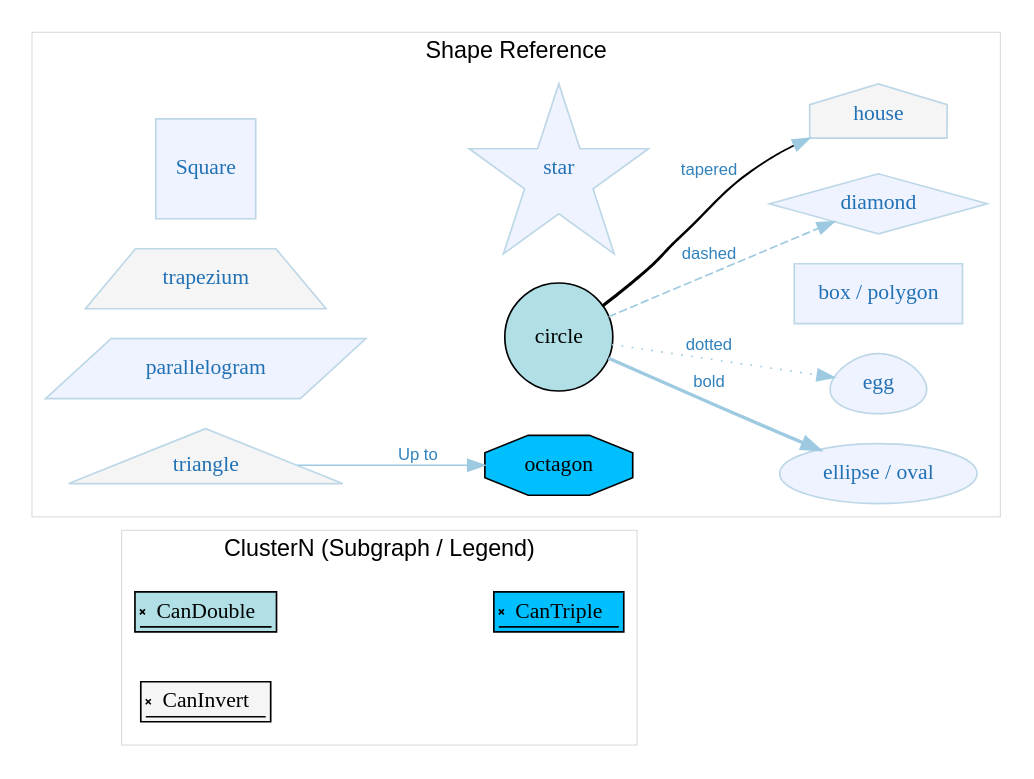
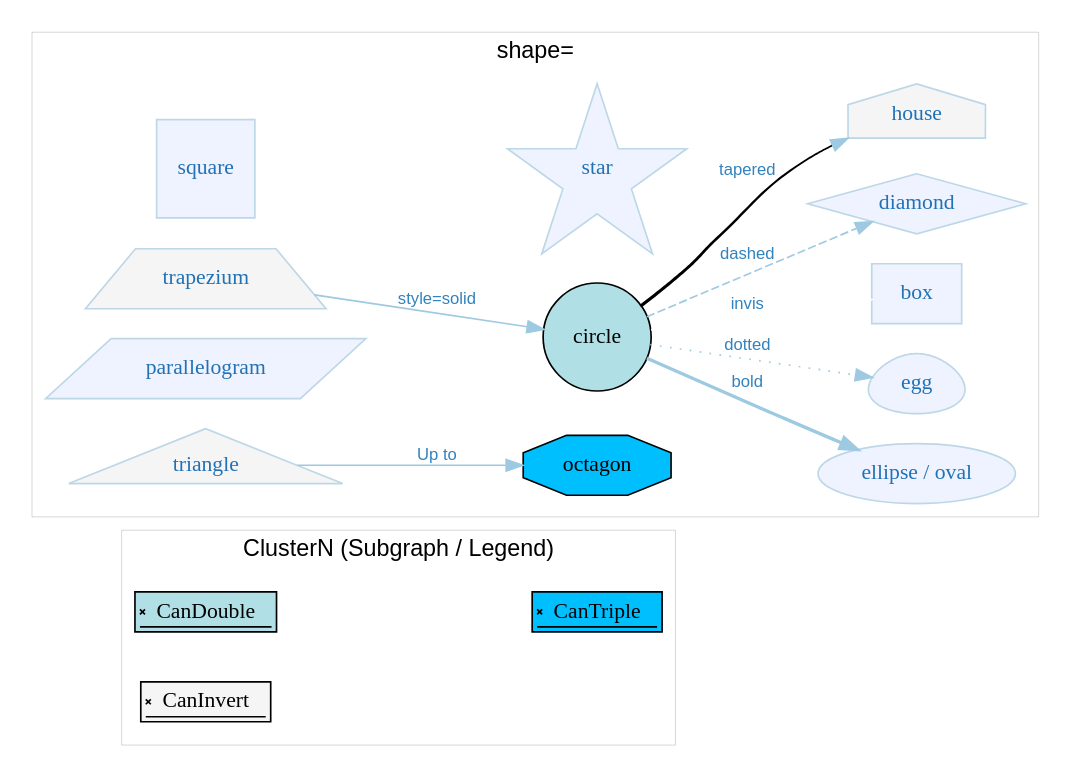
The diagram in GraphVizRef.gv (JoshuaFlesner/DaC_Reference), drawn with Graphviz before and after one commit.

Commit message:
Update GraphVizRef.gv
Added invis lines, moved a few things around

```diff
--- a/GraphVizRef.gv
+++ b/GraphVizRef.gv
@@ -1,87 +1,90 @@
 digraph G {
     rankdir=LR;
     fontname="sans-serif";
     penwidth="0.1";
     edge [comment="Wildcard edge", 
           fontname="sans-serif", 
           fontsize=10, 
           colorscheme="blues3", 
           color=2, 
           fontcolor=3];
     node [fontname="serif", 
           fontsize=13, 
           fillcolor="1", 
           colorscheme="blues4", 
           color="2", 
           fontcolor="4", 
           style="filled"];
     subgraph "clusterLegend" {
         label="ClusterN (Subgraph / Legend)";
         edge [comment="subgraph edge wildcard"];
         node [comment="subgraph node wildcard"];
         "CanDouble" [shape="signature", 
                      fillcolor="powderblue", 
                      colorscheme="svg"];
         "CanTriple" [shape="signature", 
                      fillcolor="deepskyblue", 
                      colorscheme="svg"];
         "CanInvert" [shape="signature", 
                      fillcolor="whitesmoke", 
                      colorscheme="svg"];
         "CanDouble" -> "CanTriple"  [style="invis"];
         edge [style=invisible];
     }
 
     subgraph "clusterShapes" {
-        label="Shape Reference";
+        label="shape=";
         edge [comment="Wildcard node added automatic in EG."];
         node [comment="Wildcard node added automatic in EG."];
         "Oval" [label="ellipse / oval"];
         "Circle" [shape="circle", 
                   label="circle", 
                   fillcolor="powderblue", 
                   colorscheme="svg"];
-        "Square" [shape="square"];
+        "Square" [shape="square", 
+                  label="square"];
         "Egg" [shape="egg", 
                label="egg"];
-        "Box" [shape="polygon", 
-               label="box / polygon"];
+        "Box" [shape="box", 
+               label="box"];
         "Diamond" [shape="diamond", 
                    label="diamond"];
         "Trapezium" [shape="trapezium", 
                      fillcolor="whitesmoke", 
                      label="trapezium"];
         "Parallel" [shape="parallelogram", 
                     label="parallelogram"];
         "House" [shape="house", 
                  fillcolor="whitesmoke", 
                  label="house"];
         "Triangle" [shape="triangle", 
                     fillcolor="whitesmoke", 
                     label="triangle"];
         "Octagon" [shape="octagon", 
                    colorscheme="svg", 
                    fillcolor="deepskyblue", 
                    label="octagon"];
         "Star" [shape="star", 
                 label="star"];
         Circle -> Oval  [style="bold", 
                          label="bold"];
-        Circle -> Box  [style="invis", 
-                        label="dashed"];
+        Circle -> Box  [color="white", 
+                        style="solid", 
+                        label="invis"];
         Circle -> Diamond  [style="dashed", 
                             label="dashed"];
         Circle -> House  [style="tapered", 
                           label="tapered"];
         Circle -> Egg  [style="dotted", 
                         label="dotted"];
         Parallel -> Circle  [style="invis"];
         Triangle -> Circle  [style="invis"];
         Triangle -> Octagon  [style="solid", 
                               label="Up to"];
-        Trapezium -> Circle  [style="invis"];
+        Trapezium -> Circle  [style="solid", 
+                              label="style=solid"];
         Square -> Circle  [style="invis"];
         Square -> Star  [style="invis"];
     }
 
 }
```
